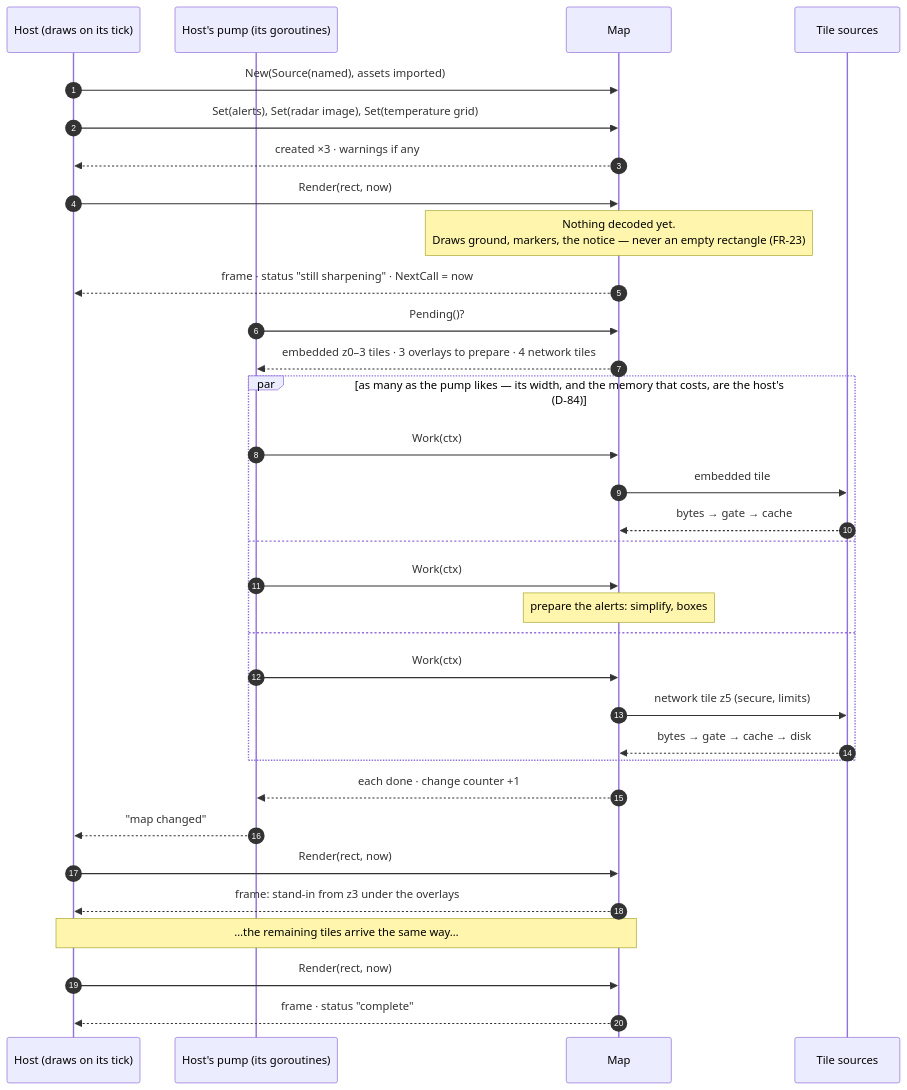
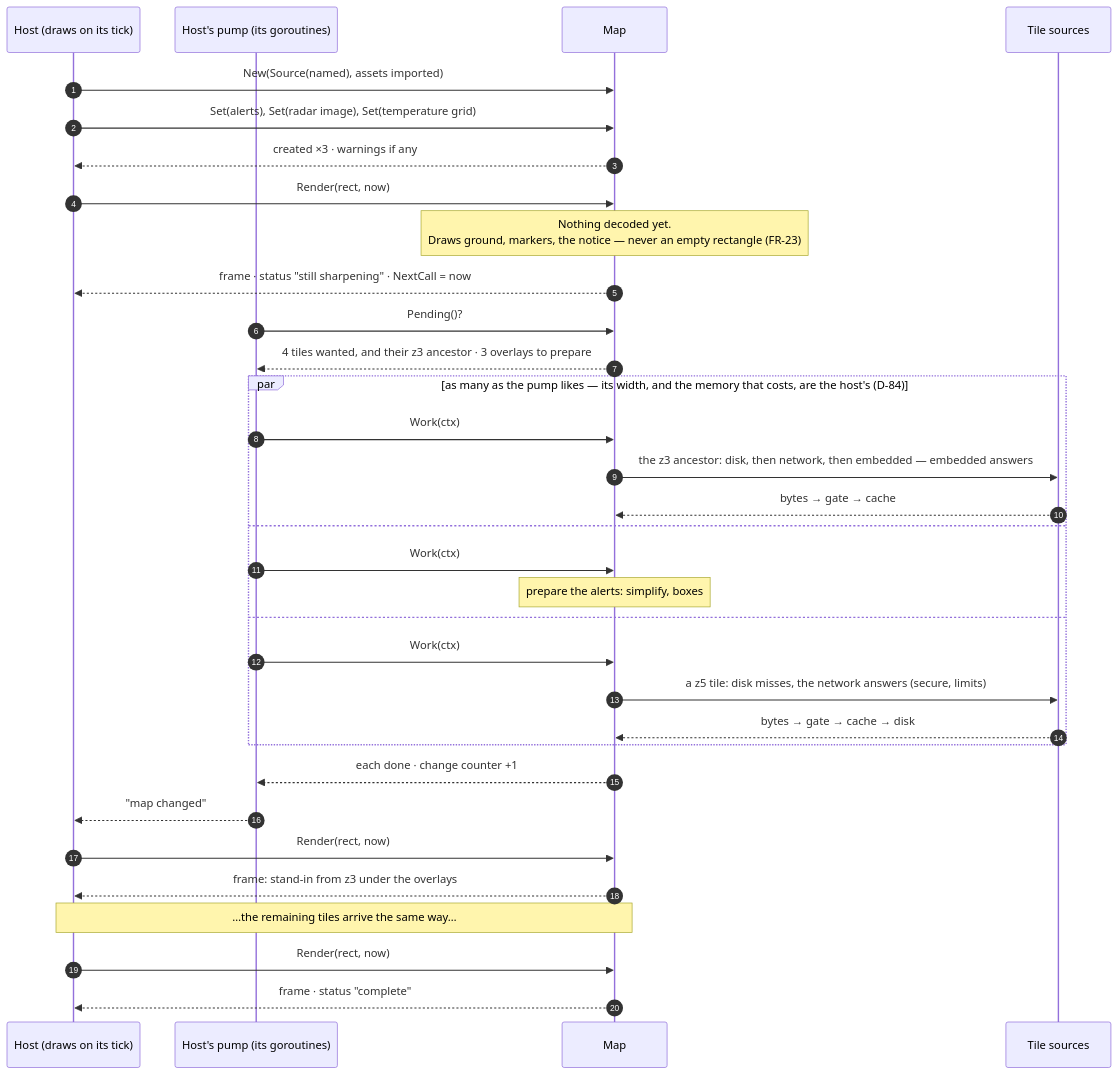
Before and after one commit to branden-thompson/go-tuimaps: the first of 4 diagrams in 06_docs/02_features/go-tuimaps/03-architecture-design/L3-sequences.md, drawn with Mermaid. The commit also changed other lines of this file and 17 other files, not shown here.

First line of the commit message:
docs(plan): eight missing diagrams drawn; six contradictions between diagrams removed; the index completed

````diff
--- a/06_docs/02_features/go-tuimaps/03-architecture-design/L3-sequences.md
+++ b/06_docs/02_features/go-tuimaps/03-architecture-design/L3-sequences.md
@@ -9,35 +9,35 @@
 ```mermaid
 sequenceDiagram
     autonumber
     participant H as Host (draws on its tick)
     participant P as Host's pump (its goroutines)
     participant M as Map
     participant T as Tile sources
     H->>M: New(Source(named), assets imported)
     H->>M: Set(alerts), Set(radar image), Set(temperature grid)
     M-->>H: created ×3 · warnings if any
     H->>M: Render(rect, now)
     Note over M: Nothing decoded yet.<br/>Draws ground, markers, the notice — never an empty rectangle (FR-23)
     M-->>H: frame · status "still sharpening" · NextCall = now
     P->>M: Pending()?
-    M-->>P: embedded z0–3 tiles · 3 overlays to prepare · 4 network tiles
+    M-->>P: 4 tiles wanted, and their z3 ancestor · 3 overlays to prepare
     par as many as the pump likes — its width, and the memory that costs, are the host's (D-84)
         P->>M: Work(ctx)
-        M->>T: embedded tile
+        M->>T: the z3 ancestor: disk, then network, then embedded — embedded answers
         T-->>M: bytes → gate → cache
     and
         P->>M: Work(ctx)
         Note over M: prepare the alerts: simplify, boxes
     and
         P->>M: Work(ctx)
-        M->>T: network tile z5 (secure, limits)
+        M->>T: a z5 tile: disk misses, the network answers (secure, limits)
         T-->>M: bytes → gate → cache → disk
     end
     M-->>P: each done · change counter +1
     P-->>H: "map changed"
     H->>M: Render(rect, now)
     M-->>H: frame: stand-in from z3 under the overlays
     Note over H,M: …the remaining tiles arrive the same way…
     H->>M: Render(rect, now)
     M-->>H: frame · status "complete"
 ```
````
